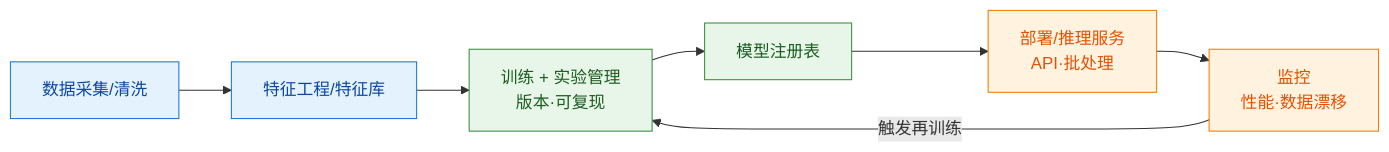
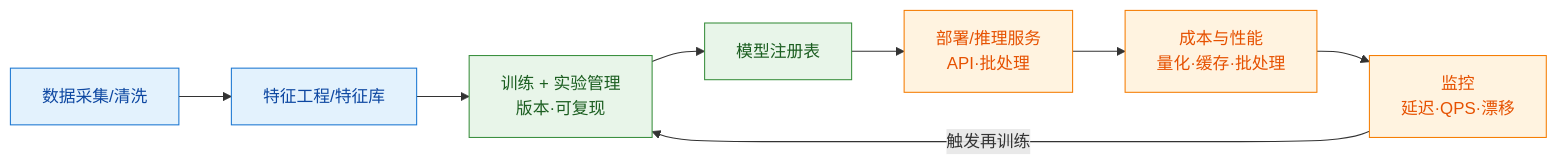
Before and after one commit to HarveyWebLee/ai-docs: the diagram in docs/08-AI工程与MLOps/000-分类总览与知识图谱.md, drawn with Mermaid. The commit also changed other lines of this file and 50 other files, not shown here.

````diff
--- a/docs/08-AI工程与MLOps/000-分类总览与知识图谱.md
+++ b/docs/08-AI工程与MLOps/000-分类总览与知识图谱.md
@@ -25,16 +27,17 @@
 ```mermaid
 graph LR
   Data["数据采集/清洗"] --> Feat["特征工程/特征库"]
   Feat --> Train["训练 + 实验管理<br/>版本·可复现"]
   Train --> Reg["模型注册表"]
   Reg --> Deploy["部署/推理服务<br/>API·批处理"]
-  Deploy --> Monitor["监控<br/>性能·数据漂移"]
+  Deploy --> Optimize["成本与性能<br/>量化·缓存·批处理"]
+  Optimize --> Monitor["监控<br/>延迟·QPS·漂移"]
   Monitor -->|触发再训练| Train
 
   classDef data fill:#e3f2fd,stroke:#1976d2,color:#0d47a1;
   classDef build fill:#e8f5e9,stroke:#388e3c,color:#1b5e20;
   classDef ops fill:#fff3e0,stroke:#f57c00,color:#e65100;
   class Data,Feat data;
   class Train,Reg build;
-  class Deploy,Monitor ops;
+  class Deploy,Optimize,Monitor ops;
 ```
````
